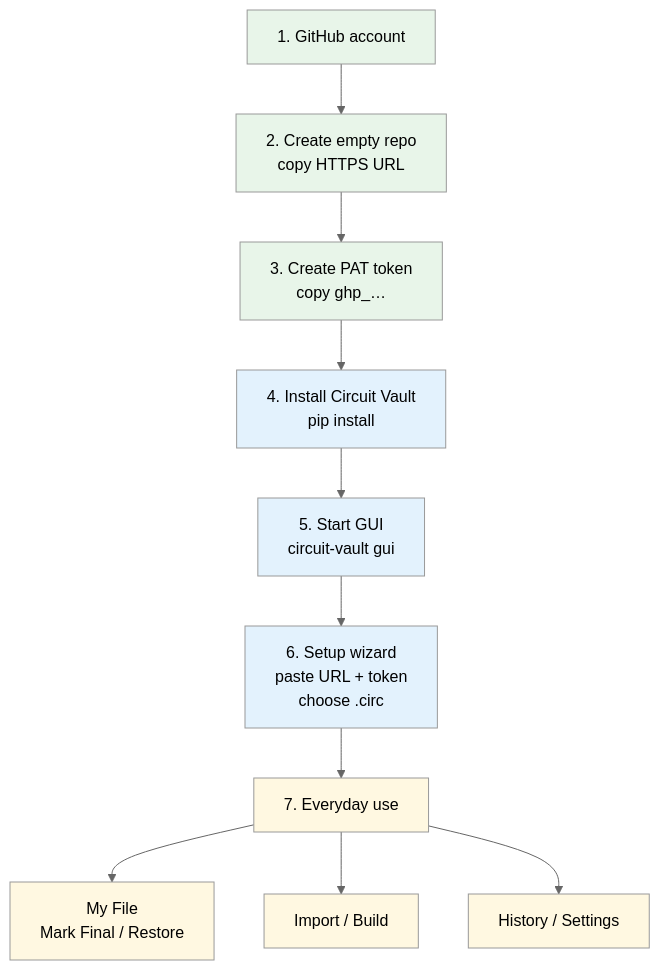
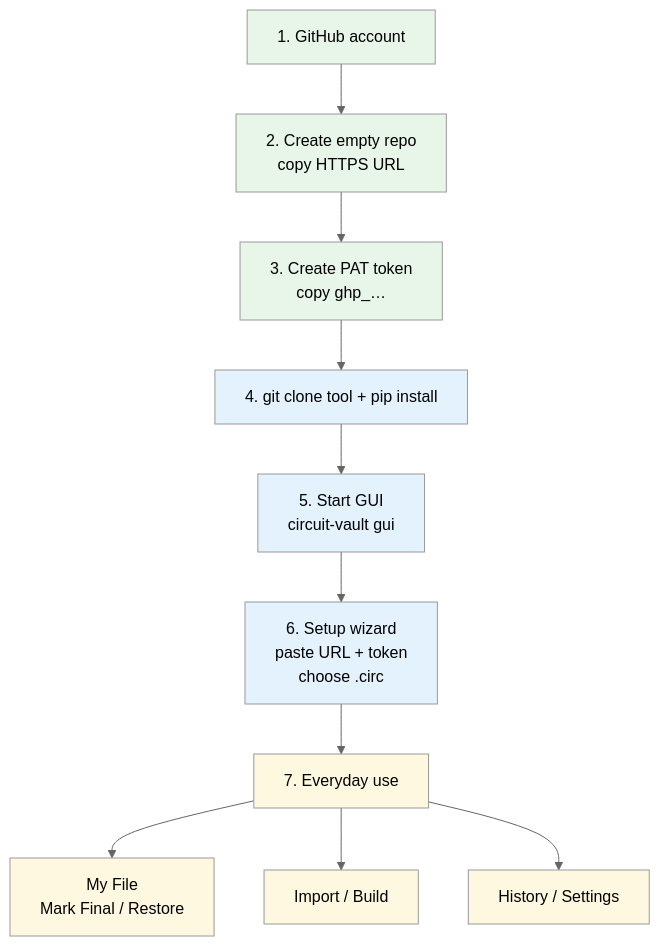
One commit to couder-04/circuit-vault changed the second of 2 diagrams in README.md. Above: the diagram before and after it, drawn with Mermaid (neutral theme). The commit also changed other lines of this file, not shown here.

````diff
--- a/README.md
+++ b/README.md
@@ -9,23 +35,23 @@
 ```mermaid
 flowchart TD
   A[1. GitHub account] --> B[2. Create empty repo<br/>copy HTTPS URL]
   B --> C[3. Create PAT token<br/>copy ghp_…]
-  C --> D[4. Install Circuit Vault<br/>pip install]
+  C --> D[4. git clone tool + pip install]
   D --> E[5. Start GUI<br/>circuit-vault gui]
   E --> F[6. Setup wizard<br/>paste URL + token<br/>choose .circ]
   F --> G[7. Everyday use]
   G --> H[My File<br/>Mark Final / Restore]
   G --> I[Import / Build]
   G --> J[History / Settings]
 
   style A fill:#e8f5e9
   style B fill:#e8f5e9
   style C fill:#e8f5e9
   style D fill:#e3f2fd
   style E fill:#e3f2fd
   style F fill:#e3f2fd
   style G fill:#fff8e1
   style H fill:#fff8e1
   style I fill:#fff8e1
   style J fill:#fff8e1
 ```
````
